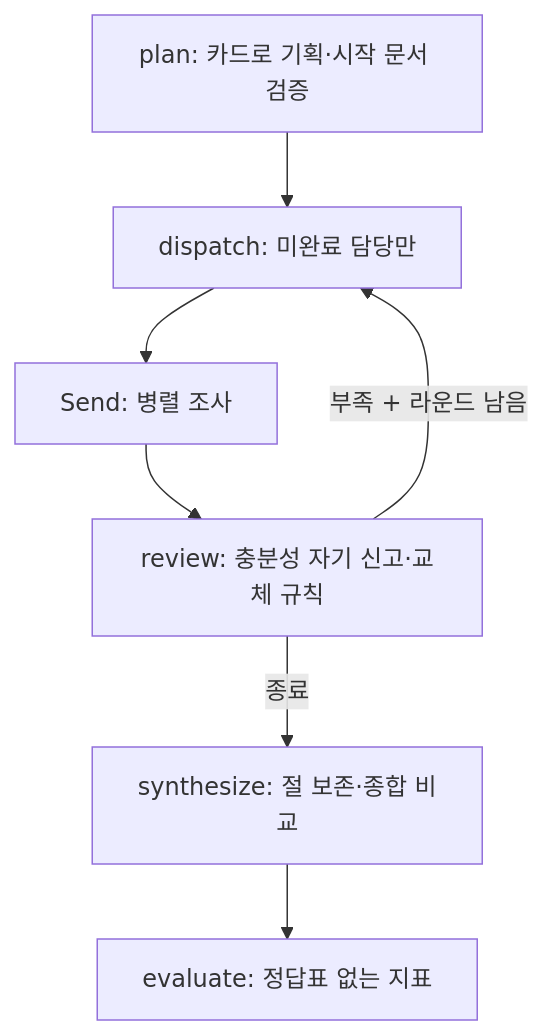
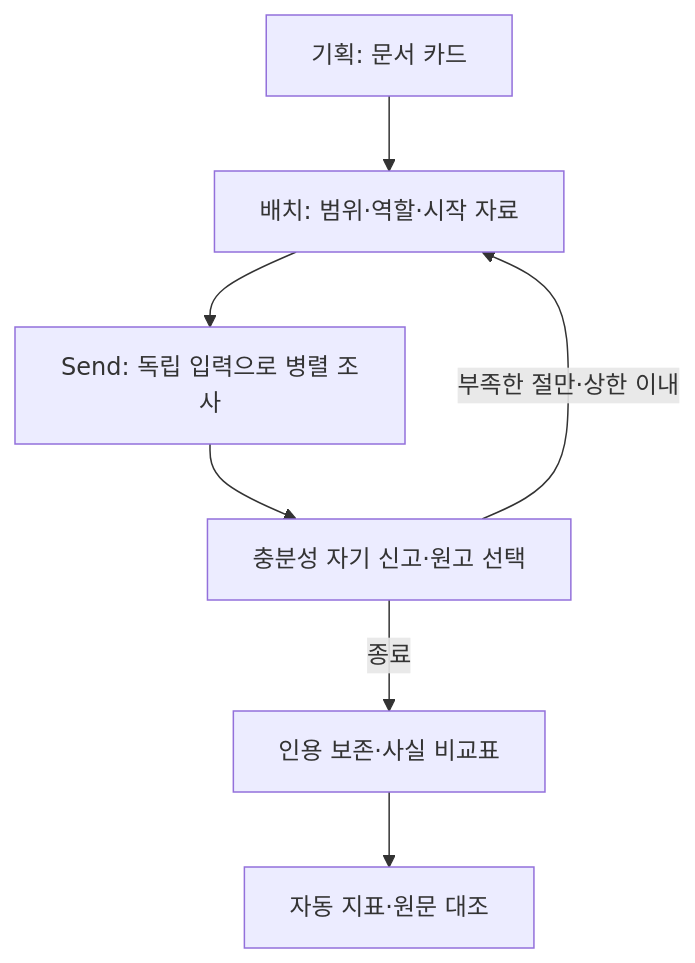
The diagram in REPORT.md (wilstein91/Project_DeepResearch), drawn with Mermaid before and after one commit. The commit also changed other lines of this file and 65 other files, not shown here.

````diff
--- a/REPORT.md
+++ b/REPORT.md
@@ -36,9 +23,9 @@
 ```mermaid
 flowchart TD
-  P[plan: 카드로 기획·시작 문서 검증] --> D[dispatch: 미완료 담당만]
-  D --> S[Send: 병렬 조사]
-  S --> R[review: 충분성 자기 신고·교체 규칙]
-  R -->|부족 + 라운드 남음| D
-  R -->|종료| Y[synthesize: 절 보존·종합 비교]
-  Y --> E[evaluate: 정답표 없는 지표]
+ P[기획: 문서 카드] --> D[배치: 범위·역할·시작 자료]
+ D --> W[Send: 독립 입력으로 병렬 조사]
+ W --> R[충분성 자기 신고·원고 선택]
+ R -->|부족한 절만·상한 이내| D
+ R -->|종료| S[인용 보존·사실 비교표]
+ S --> E[자동 지표·원문 대조]
 ```
````
